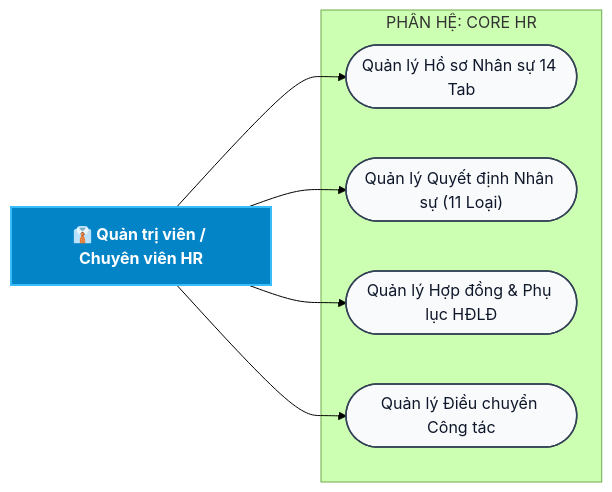
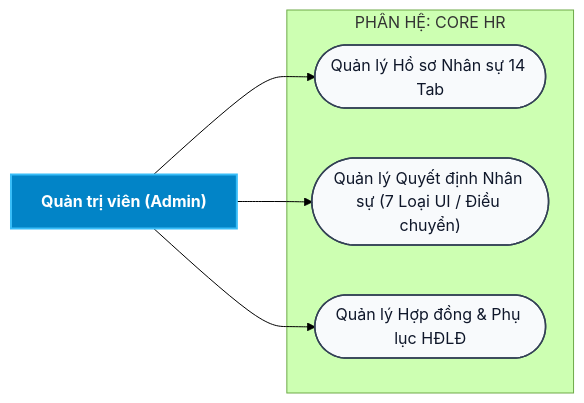
Before and after one commit to aye2710/HRM-DATN: diagram 14 of 46 in docs/Các biểu đồ/So_Do_Use_Case_Tong_Quat_HRM.md, drawn with Mermaid (forest theme). The commit also changed other lines of this file and 69 other files, not shown here.

First line of the commit message:
feat(ess,auth,docs): isolate portal auth, upgrade employee portal UI & sync diagrams

````diff
--- a/docs/Các biểu đồ/So_Do_Use_Case_Tong_Quat_HRM.md
+++ b/docs/Các biểu đồ/So_Do_Use_Case_Tong_Quat_HRM.md
@@ -793,21 +1019,19 @@
 ```mermaid
 flowchart LR
-    ADMIN["👔 Quản trị viên / Chuyên viên HR"]
+    ADMIN["Quản trị viên (Admin)"]
 
     subgraph MOD_CORE ["PHÂN HỆ: CORE HR"]
         UC_SUB_EMP(["Quản lý Hồ sơ Nhân sự 14 Tab"])
-        UC_SUB_DEC(["Quản lý Quyết định Nhân sự (11 Loại)"])
+        UC_SUB_DEC(["Quản lý Quyết định Nhân sự (7 Loại UI / Điều chuyển)"])
         UC_SUB_CTR(["Quản lý Hợp đồng & Phụ lục HĐLĐ"])
-        UC_SUB_TRF(["Quản lý Điều chuyển Công tác"])
     end
 
     ADMIN --> UC_SUB_EMP
     ADMIN --> UC_SUB_DEC
     ADMIN --> UC_SUB_CTR
-    ADMIN --> UC_SUB_TRF
 
     classDef actor fill:#0284c7,stroke:#38bdf8,stroke-width:2px,color:#ffffff,font-weight:bold;
     classDef uc fill:#f8fafc,stroke:#334155,stroke-width:1.5px,color:#0f172a;
     class ADMIN actor;
-    class UC_SUB_EMP,UC_SUB_DEC,UC_SUB_CTR,UC_SUB_TRF uc;
+    class UC_SUB_EMP,UC_SUB_DEC,UC_SUB_CTR uc;
 ```
````
